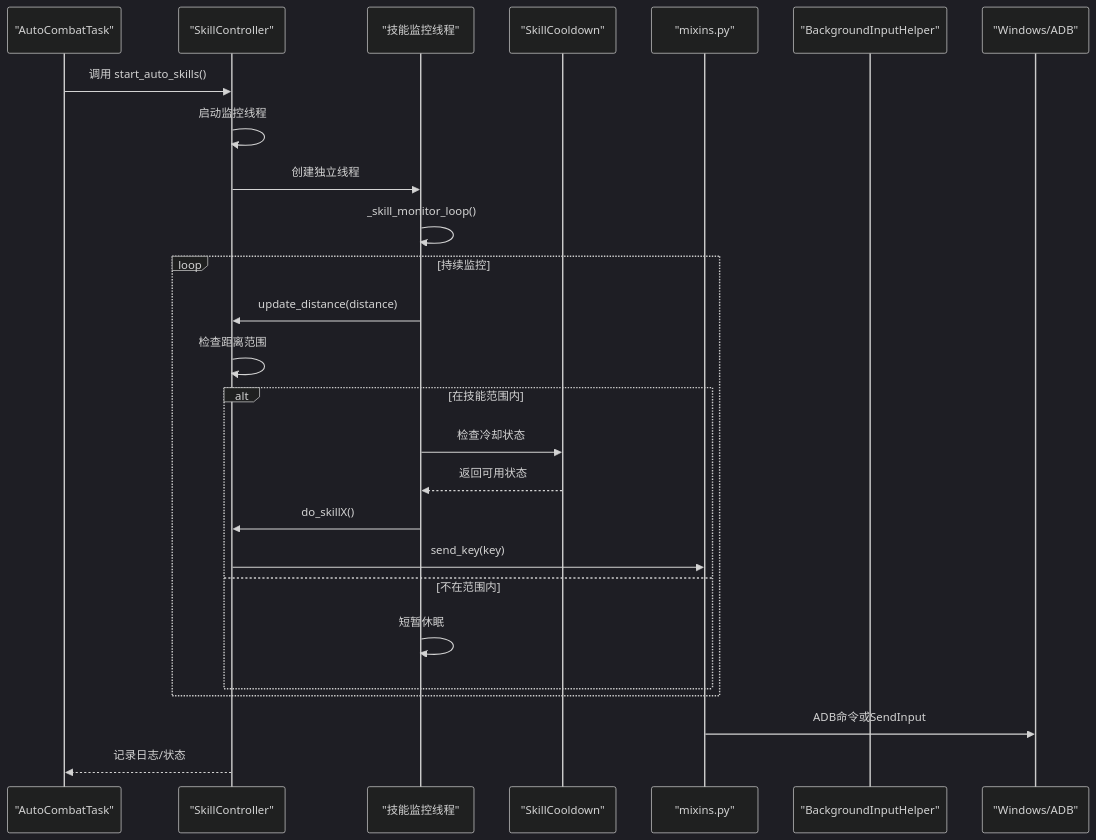
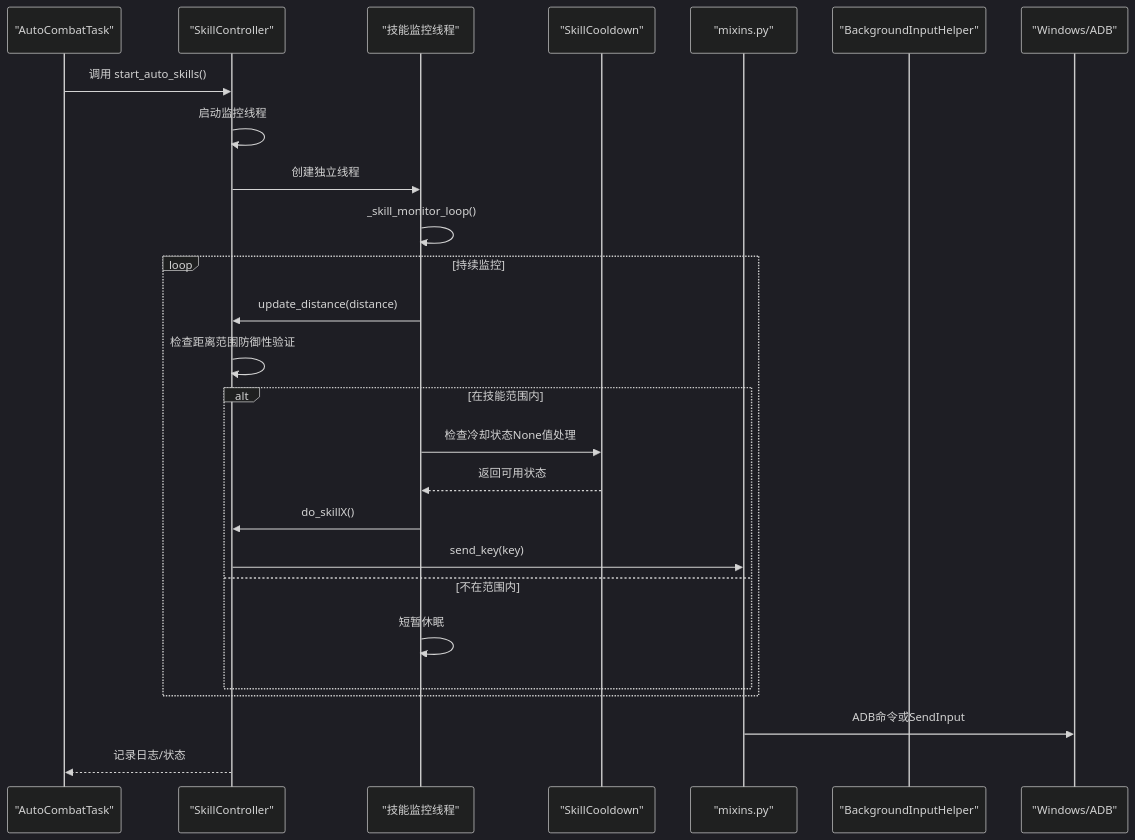
The second of 7 diagrams in .qoder/repowiki/zh/content/战斗系统/技能控制器.md (xsy098-max/ok-jump), drawn with Mermaid (dark theme) before and after one commit. The commit also changed other lines of this file and 15 other files, not shown here.

````diff
--- a/.qoder/repowiki/zh/content/战斗系统/技能控制器.md
+++ b/.qoder/repowiki/zh/content/战斗系统/技能控制器.md
@@ -148,28 +146,28 @@
 ```mermaid
 sequenceDiagram
 participant Task as "AutoCombatTask"
 participant SC as "SkillController"
 participant Thread as "技能监控线程"
 participant Cooldown as "SkillCooldown"
 participant Mix as "mixins.py"
 participant BIH as "BackgroundInputHelper"
 participant Win as "Windows/ADB"
 Task->>SC : 调用 start_auto_skills()
 SC->>SC : 启动监控线程
 SC->>Thread : 创建独立线程
 Thread->>Thread : _skill_monitor_loop()
 loop 持续监控
 Thread->>SC : update_distance(distance)
-SC->>SC : 检查距离范围
+SC->>SC : 检查距离范围防御性验证
 alt 在技能范围内
-Thread->>Cooldown : 检查冷却状态
+Thread->>Cooldown : 检查冷却状态None值处理
 Cooldown-->>Thread : 返回可用状态
 Thread->>SC : do_skillX()
 SC->>Mix : send_key(key)
 else 不在范围内
 Thread->>Thread : 短暂休眠
 end
 end
 Mix->>Win : ADB命令或SendInput
 SC-->>Task : 记录日志/状态
 ```
````
